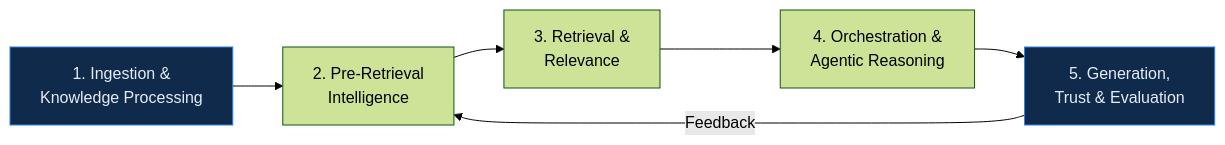
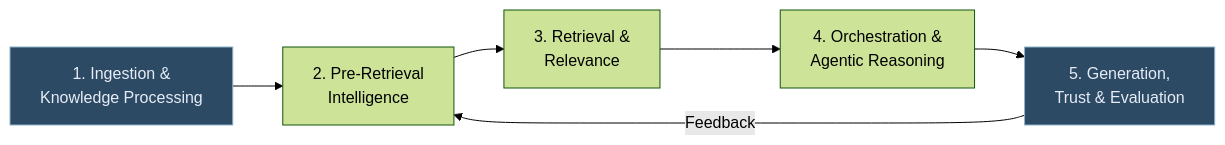
Before and after one commit to lorvexai/lorvexai: the first of 5 diagrams in blog/enterprise-rag-architectures.md, drawn with Mermaid (forest theme). The commit also changed 16 other files, not shown here.

First line of the commit message:
Retune hardcoded Mermaid node colors to match the site palette

````diff
--- a/blog/enterprise-rag-architectures.md
+++ b/blog/enterprise-rag-architectures.md
@@ -37,10 +37,10 @@
 ```mermaid
 flowchart LR
   A["1. Ingestion &\nKnowledge Processing"] --> B["2. Pre-Retrieval\nIntelligence"]
   B --> C["3. Retrieval &\nRelevance"]
   C --> D["4. Orchestration &\nAgentic Reasoning"]
   D --> E["5. Generation,\nTrust & Evaluation"]
   E -->|Feedback| B
-  style A fill:#0F2A4A,stroke:#2F80ED,color:#E6ECF7
-  style E fill:#0F2A4A,stroke:#2F80ED,color:#E6ECF7
+  style A fill:#2C4A63,stroke:#8FB2CC,color:#E6ECF7
+  style E fill:#2C4A63,stroke:#8FB2CC,color:#E6ECF7
 ```
````
